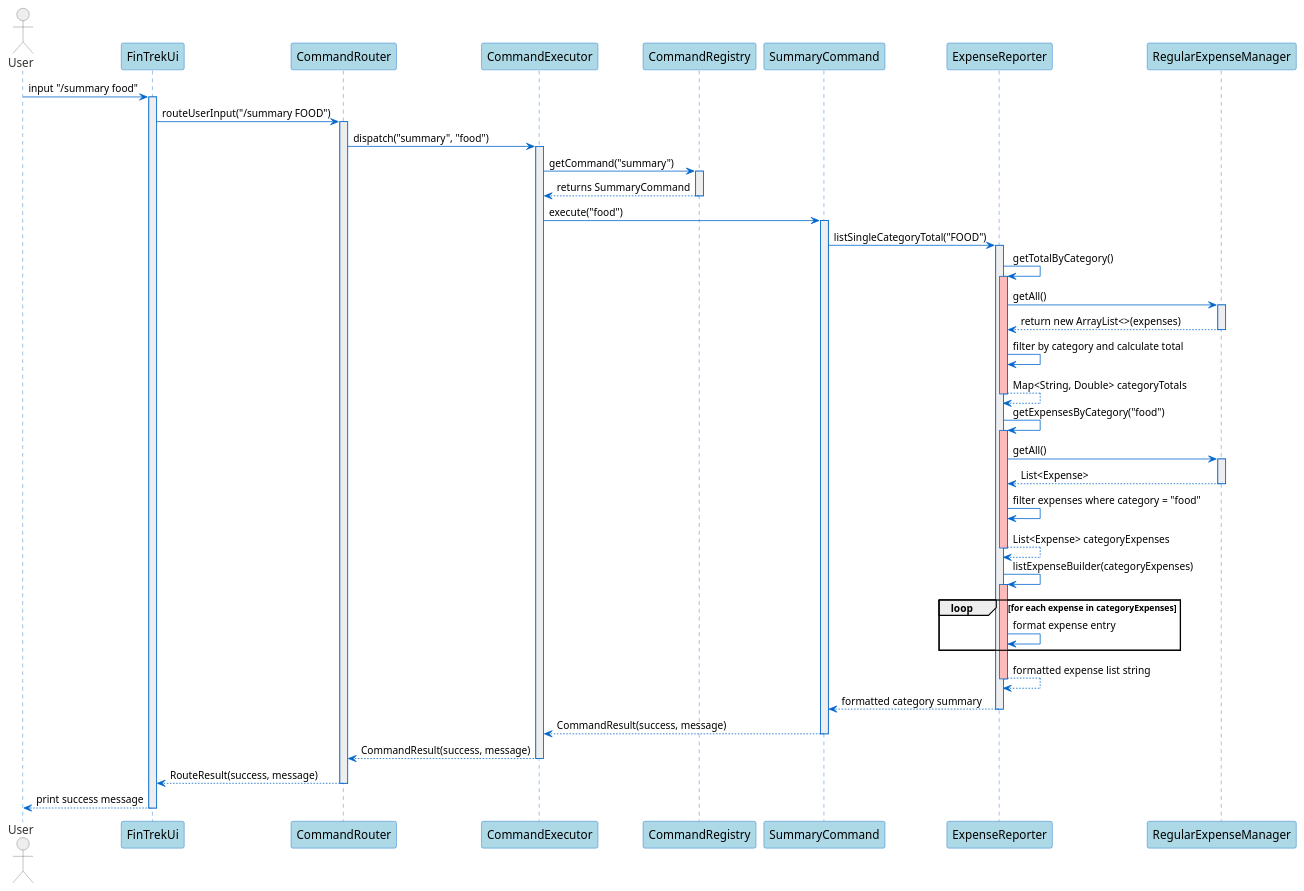
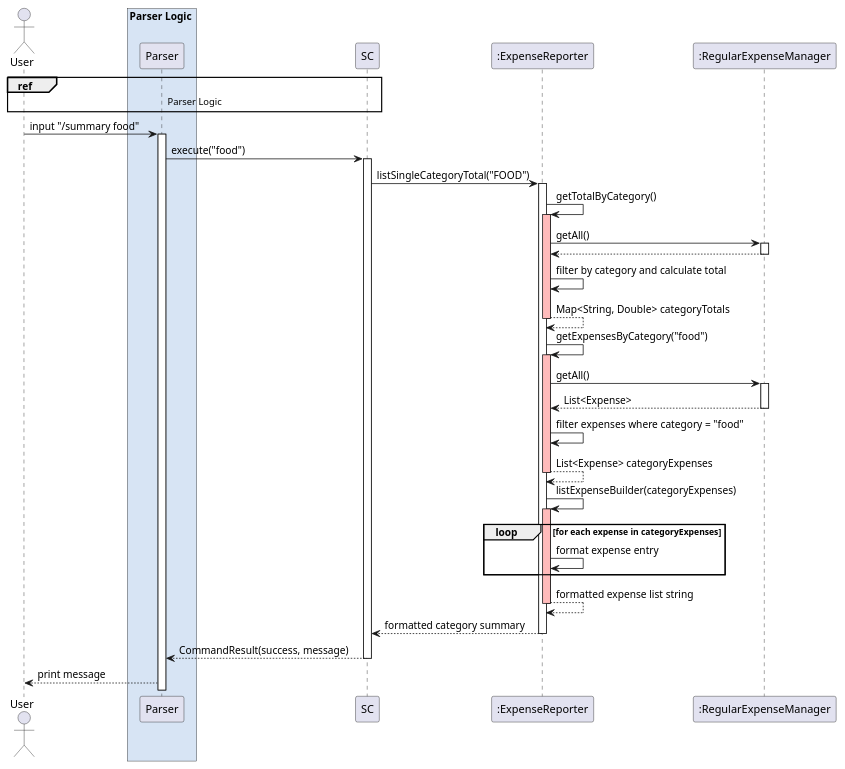
The diagram in docs/diagrams/sequence/summary.puml (randust/tp), drawn with PlantUML before and after one commit. The commit also changed 5 other files, not shown here.

Commit message:
Update Sequence Diagrams

```diff
--- a/docs/diagrams/sequence/summary.puml
+++ b/docs/diagrams/sequence/summary.puml
@@ -1,104 +1,63 @@
-@startuml
-skinparam sequence {
-  ArrowColor #0066CC
-  LifeLineBorderColor #0066CC
-  LifeLineBackgroundColor #EEEEEE
-
-  ParticipantBorderColor #0066CC
-  ParticipantBackgroundColor #ADD8E6
-  ParticipantFontColor #000000
-  ParticipantFontSize 15
-
-  ActorBorderColor #666666
-  ActorBackgroundColor #EEEEEE
-  ActorFontColor #333333
-  ActorFontSize 15
-}
-
-skinparam note {
-  BackgroundColor #FFE9B3
-  BorderColor #E8C174
-}
+@startuml summary.puml
 
 actor "User" as user
-participant "FinTrekUi" as FT
-participant "CommandRouter" as router
-participant "CommandExecutor" as executor
-participant "CommandRegistry" as registry
-participant "SummaryCommand" as SC
-participant "ExpenseReporter" as ER
-participant "RegularExpenseManager" as REM
+box Parser Logic #D7E4F4
+participant "Parser" as parser
+end box
+ref over user, parser, SC: Parser Logic
+participant ":SummaryCommand" as SC
+participant ":ExpenseReporter" as ER
+participant ":RegularExpenseManager" as REM
 
-user -> FT: input "/summary food"
-activate FT
+user -> parser: input "/summary food"
+activate parser
 
-FT -> router: routeUserInput("/summary FOOD")
-activate router
-
-router -> executor: dispatch("summary", "food")
-activate executor
-
-executor -> registry: getCommand("summary")
-activate registry
-
-registry --> executor: returns SummaryCommand
-deactivate registry
-
-executor -> SC: execute("food")
+parser -> SC: execute("food")
 activate SC
 
 SC -> ER: listSingleCategoryTotal("FOOD")
 activate ER
 
 ER -> ER: getTotalByCategory()
 activate ER #FFBBBB
 
 ER -> REM: getAll()
 activate REM
 
-REM --> ER: return new ArrayList<>(expenses)
+REM --> ER
 deactivate REM
 
 ER -> ER: filter by category and calculate total
 ER --> ER: Map<String, Double> categoryTotals
 deactivate ER
 
 ER -> ER: getExpensesByCategory("food")
 activate ER #FFBBBB
 
 ER -> REM: getAll()
 activate REM
 
 REM --> ER: List<Expense>
 deactivate REM
 
 ER -> ER: filter expenses where category = "food"
 ER --> ER: List<Expense> categoryExpenses
 deactivate ER
 
 ER -> ER: listExpenseBuilder(categoryExpenses)
 activate ER #FFBBBB
 
 loop for each expense in categoryExpenses
 ER -> ER: format expense entry
 end
 
 ER --> ER: formatted expense list string
 deactivate ER
 
 ER --> SC: formatted category summary
 deactivate ER
 
-SC --> executor: CommandResult(success, message)
+SC --> parser: CommandResult(success, message)
 deactivate SC
-
-executor --> router: CommandResult(success, message)
-deactivate executor
-
-router --> FT: RouteResult(success, message)
-deactivate router
-
-FT --> user: print success message
-deactivate FT
-
+parser --> user: print message
 @enduml
```
